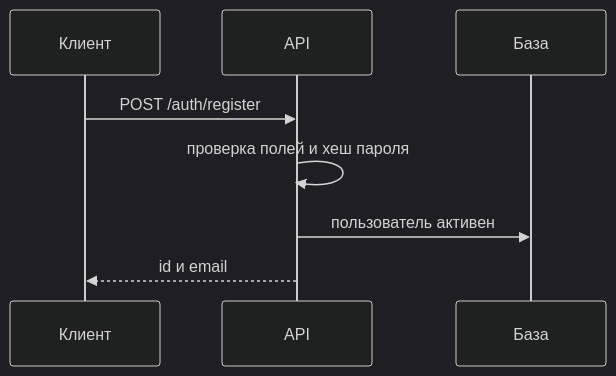
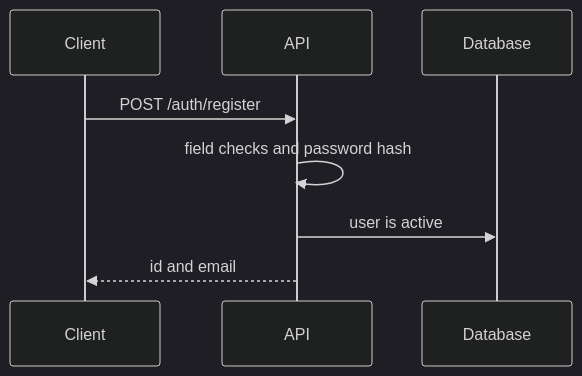
Before and after one commit to pavel-skripko-innowise/inno-fe-be-a1: the first of 2 diagrams in courses-content/backend/A/1/en/1.1.0 Регистрация.md, drawn with Mermaid (dark theme). The commit also changed other lines of this file and 35 other files, not shown here.

````diff
--- a/courses-content/backend/A/1/en/1.1.0 Регистрация.md
+++ b/courses-content/backend/A/1/en/1.1.0 Регистрация.md
@@ -36,10 +36,10 @@
 ```mermaid
 sequenceDiagram
-  participant C as Клиент
+  participant C as Client
   participant A as API
-  participant D as База
+  participant D as Database
   C->>A: POST /auth/register
-  A->>A: проверка полей и хеш пароля
-  A->>D: пользователь активен
-  A-->>C: id и email
+  A->>A: field checks and password hash
+  A->>D: user is active
+  A-->>C: id and email
 ```
````
